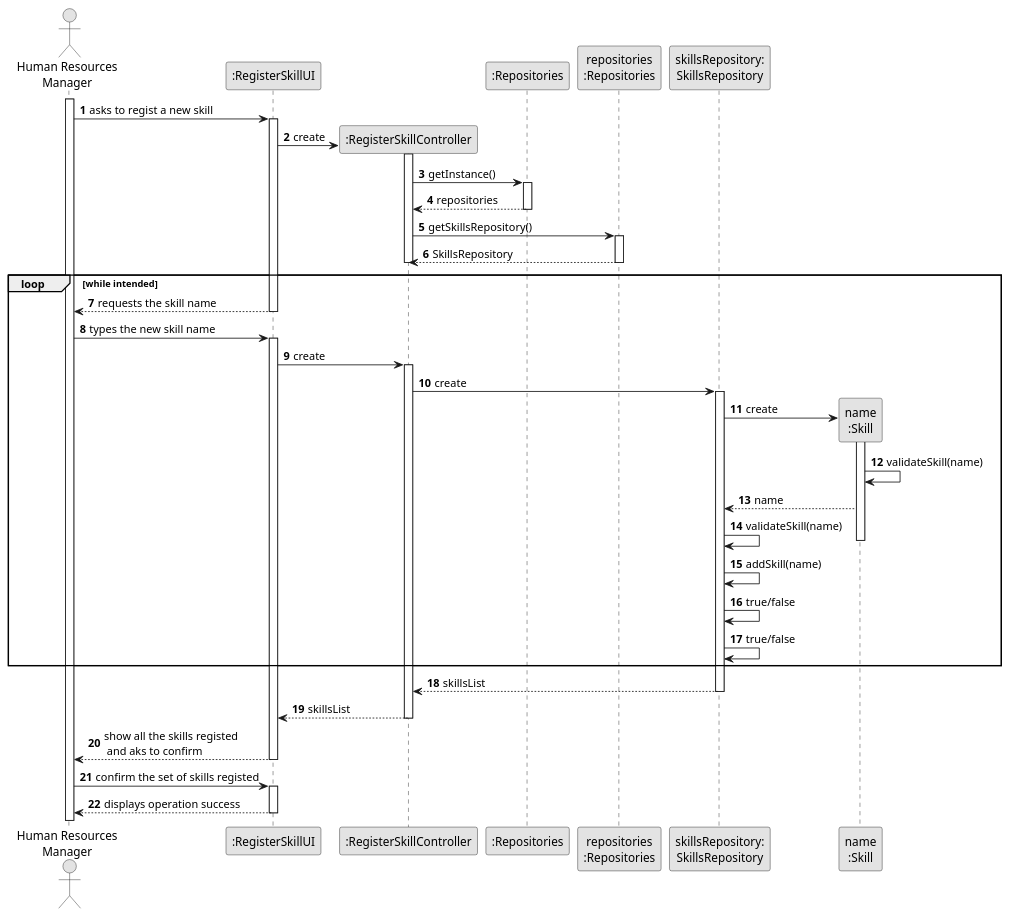
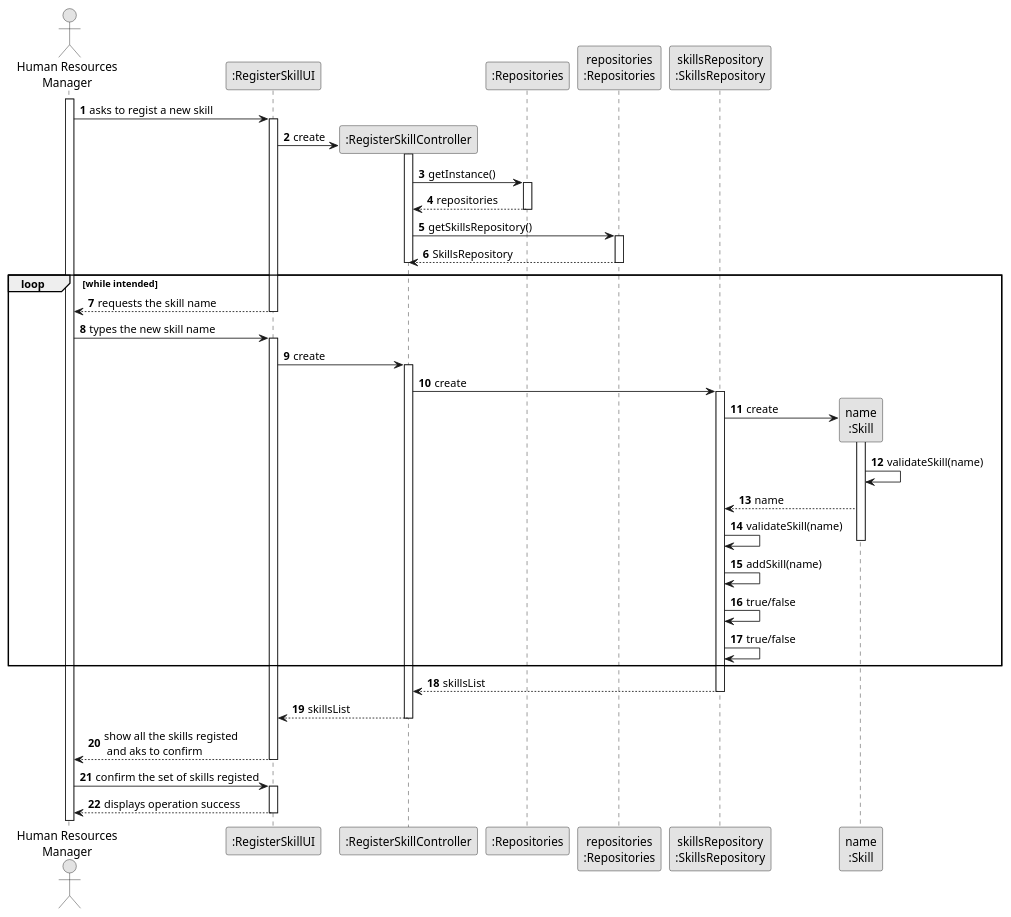
The diagram in docs/sprint2/us001/03.design/puml/us001-sequence-diagram-full.puml (1231360-ISEP/lei-24-s2-1db-g021), drawn with PlantUML before and after one commit. The commit also changed 3 other files, not shown here.

```diff
--- a/docs/sprint2/us001/03.design/puml/us001-sequence-diagram-full.puml
+++ b/docs/sprint2/us001/03.design/puml/us001-sequence-diagram-full.puml
@@ -1,85 +1,85 @@
 @startuml
 skinparam monochrome true
 skinparam packageStyle rectangle
 skinparam shadowing false
 
 actor "Human Resources\nManager" as HRM
 participant ":RegisterSkillUI" as UI
 participant ":RegisterSkillController" as CTRL
 participant ":Repositories" as RepositorySingleton
 participant "repositories\n:Repositories" as PLAT
-participant "skillsRepository:\nSkillsRepository" as SkillsRepository
+participant "skillsRepository\n:SkillsRepository" as SkillsRepository
 participant "name\n:Skill" as TAREFA
 
 autonumber 1
 
 activate HRM
 
     HRM -> UI : asks to regist a new skill
     activate UI
 
         UI -> CTRL** : create
 
         activate CTRL
 
         CTRL -> RepositorySingleton : getInstance()
         activate RepositorySingleton
 
             RepositorySingleton --> CTRL: repositories
         deactivate RepositorySingleton
 
         CTRL -> PLAT : getSkillsRepository()
         activate PLAT
 
             PLAT --> CTRL: SkillsRepository
         deactivate PLAT
 
         deactivate CTRL
 
     loop while intended
             UI --> HRM : requests the skill name
         deactivate UI
 
             HRM -> UI : types the new skill name
         activate UI
 
             UI -> CTRL: create
         activate CTRL
 
             CTRL -> SkillsRepository : create
         activate SkillsRepository
 
             SkillsRepository -> TAREFA**: create
         activate TAREFA
 
         TAREFA -> TAREFA: validateSkill(name)
 
         TAREFA --> SkillsRepository : name
         SkillsRepository -> SkillsRepository: validateSkill(name)
         deactivate TAREFA
         SkillsRepository -> SkillsRepository: addSkill(name)
         SkillsRepository -> SkillsRepository: true/false
         SkillsRepository -> SkillsRepository: true/false
 
 
     end
 
     SkillsRepository --> CTRL : skillsList
     deactivate SkillsRepository
 
     CTRL --> UI : skillsList
     deactivate CTRL
 
     UI --> HRM : show all the skills registed\n and aks to confirm
 
     deactivate CTRL
     deactivate UI
 
     HRM -> UI : confirm the set of skills registed
     activate UI
 
     UI --> HRM : displays operation success
     deactivate UI
 
 
 @enduml
```
